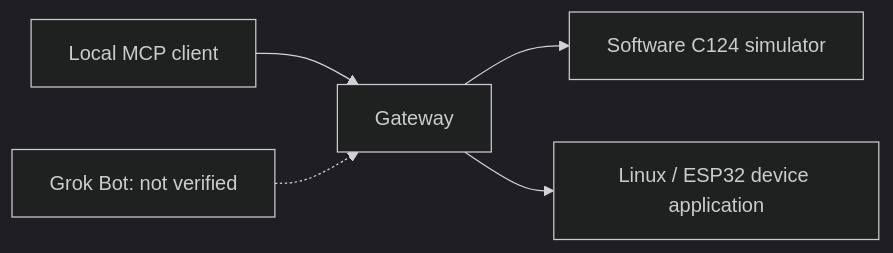
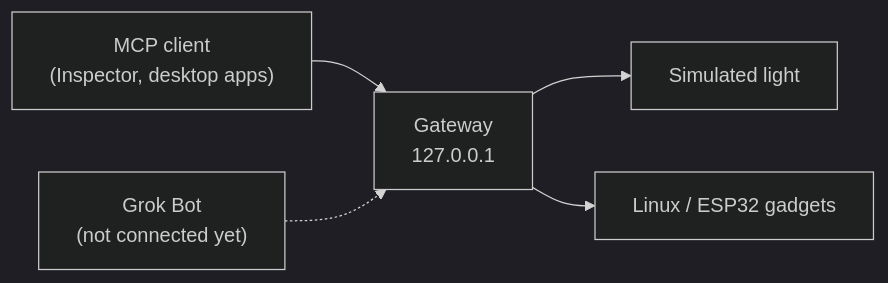
Before and after one commit to adidshaft/grok-gadgets-gateway: the diagram in README.md, drawn with Mermaid (dark theme). The commit also changed other lines of this file, not shown here.

````diff
--- a/README.md
+++ b/README.md
@@ -46,7 +25,7 @@
 ```mermaid
 flowchart LR
-    C["Local MCP client"] --> G["Gateway"]
-    G --> S["Software C124 simulator"]
-    G --> D["Linux / ESP32 device application"]
-    B["Grok Bot: not verified"] -.-> G
+    C["MCP client<br>(Inspector, desktop apps)"] --> G["Gateway<br>127.0.0.1"]
+    G --> S["Simulated light"]
+    G --> D["Linux / ESP32 gadgets"]
+    B["Grok Bot<br>(not connected yet)"] -.-> G
 ```
````
